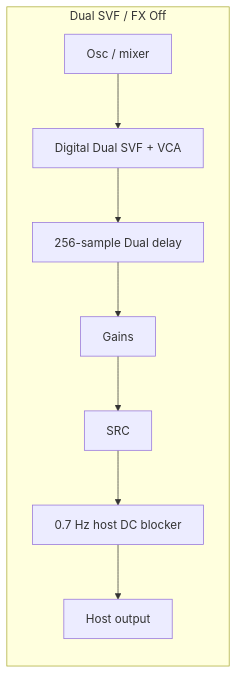
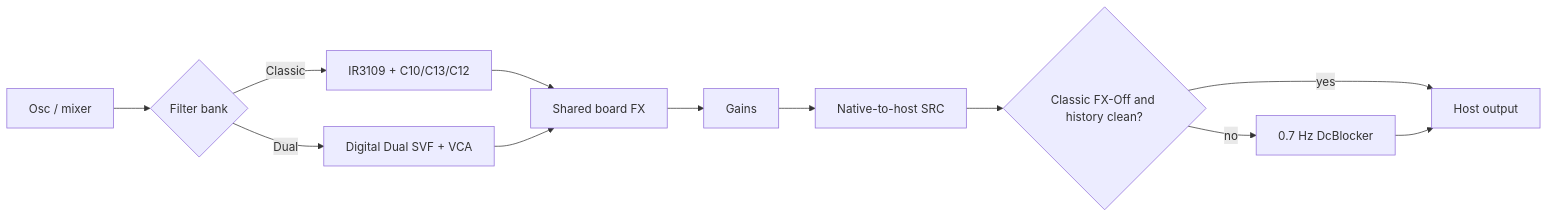
The diagram in docs/audits/FX_OFF_DC_BLOCKER_AUDIT.md (montronedsp/SWARAXT), drawn with Mermaid before and after one commit. The commit also changed other lines of this file and 7 other files, not shown here.

````diff
--- a/docs/audits/FX_OFF_DC_BLOCKER_AUDIT.md
+++ b/docs/audits/FX_OFF_DC_BLOCKER_AUDIT.md
@@ -59,11 +30,14 @@
 ```mermaid
 flowchart LR
-  subgraph dualFxOff [Dual SVF / FX Off]
-    OscD[Osc / mixer] --> Svf[Digital Dual SVF + VCA]
-    Svf --> Delay[256-sample Dual delay]
-    Delay --> GainD[Gains]
-    GainD --> SrcD[SRC]
-    SrcD --> DcD[0.7 Hz host DC blocker]
-    DcD --> OutD[Host output]
-  end
+  Osc[Osc / mixer] --> Bank{Filter bank}
+  Bank -->|Classic| Ir[IR3109 + C10/C13/C12]
+  Bank -->|Dual| Svf[Digital Dual SVF + VCA]
+  Ir --> Fx[Shared board FX]
+  Svf --> Fx
+  Fx --> Gain[Gains]
+  Gain --> Src[Native-to-host SRC]
+  Src --> Gate{Classic FX-Off and history clean?}
+  Gate -->|yes| Out[Host output]
+  Gate -->|no| Dc[0.7 Hz DcBlocker]
+  Dc --> Out
 ```
````
